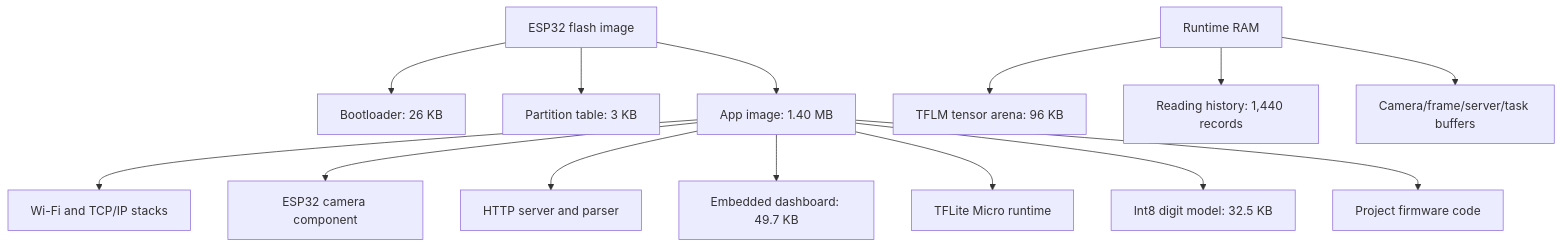
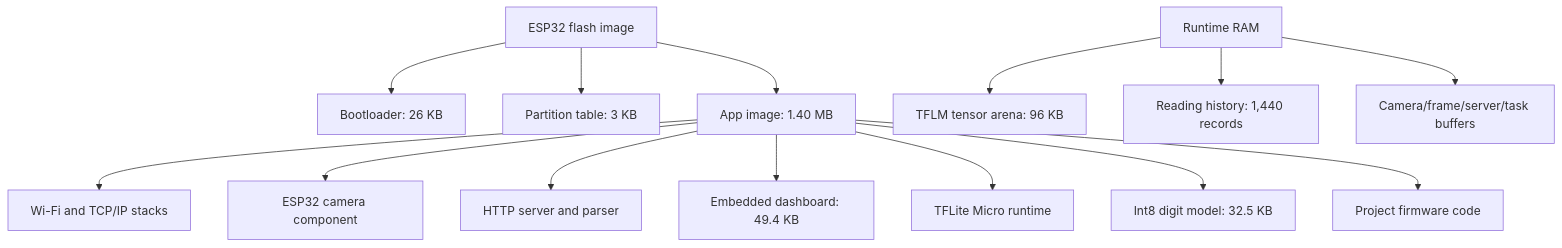
Before and after one commit to marcelpetrick/esp32-fever-dream: the second of 2 diagrams in documents/firmware_breakdown.md, drawn with Mermaid. The commit also changed other lines of this file and 6 other files, not shown here.

````diff
--- a/documents/firmware_breakdown.md
+++ b/documents/firmware_breakdown.md
@@ -102,18 +102,18 @@
 ```mermaid
 flowchart TD
     Flash[ESP32 flash image] --> Boot[Bootloader: 26 KB]
     Flash --> Part[Partition table: 3 KB]
     Flash --> App[App image: 1.40 MB]
 
     App --> Wifi[Wi-Fi and TCP/IP stacks]
     App --> Camera[ESP32 camera component]
     App --> Http[HTTP server and parser]
-    App --> Web[Embedded dashboard: 49.7 KB]
+    App --> Web[Embedded dashboard: 49.4 KB]
     App --> Tflm[TFLite Micro runtime]
     App --> Model[Int8 digit model: 32.5 KB]
     App --> AppCode[Project firmware code]
 
     RAM[Runtime RAM] --> Arena[TFLM tensor arena: 96 KB]
     RAM --> History[Reading history: 1,440 records]
     RAM --> Buffers[Camera/frame/server/task buffers]
 ```
````
